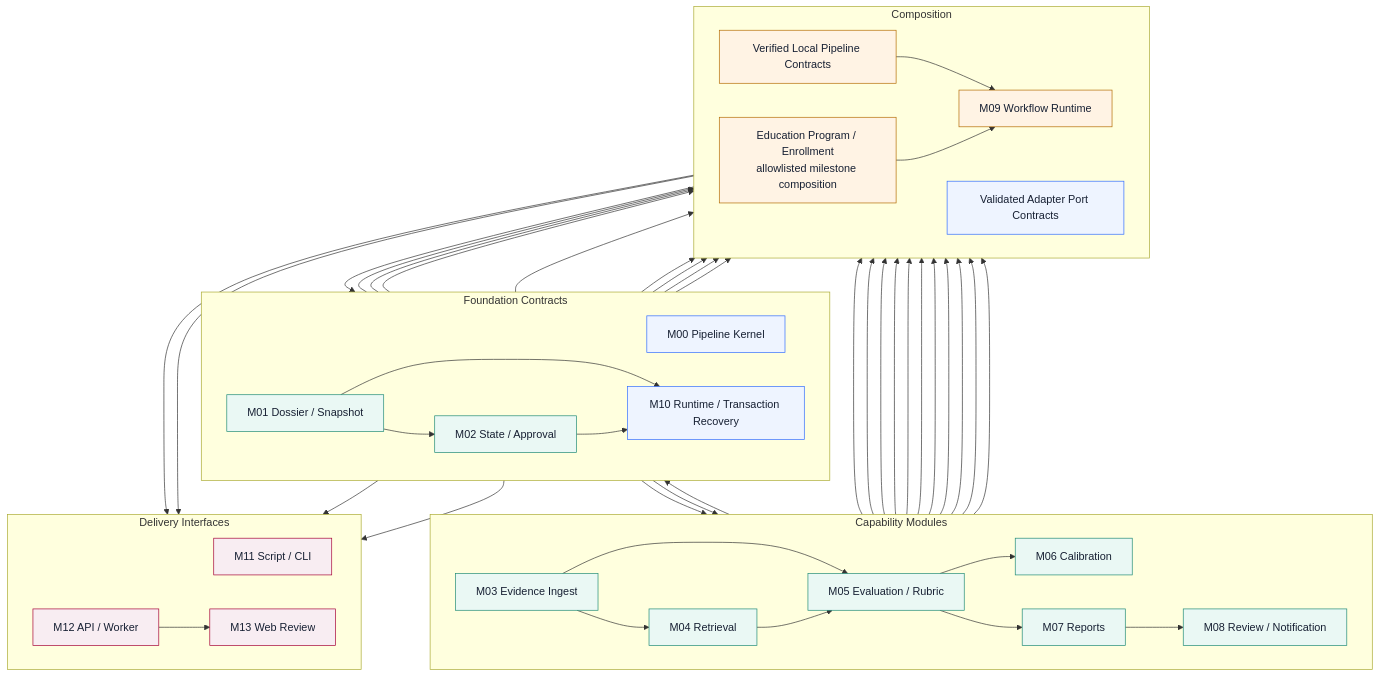
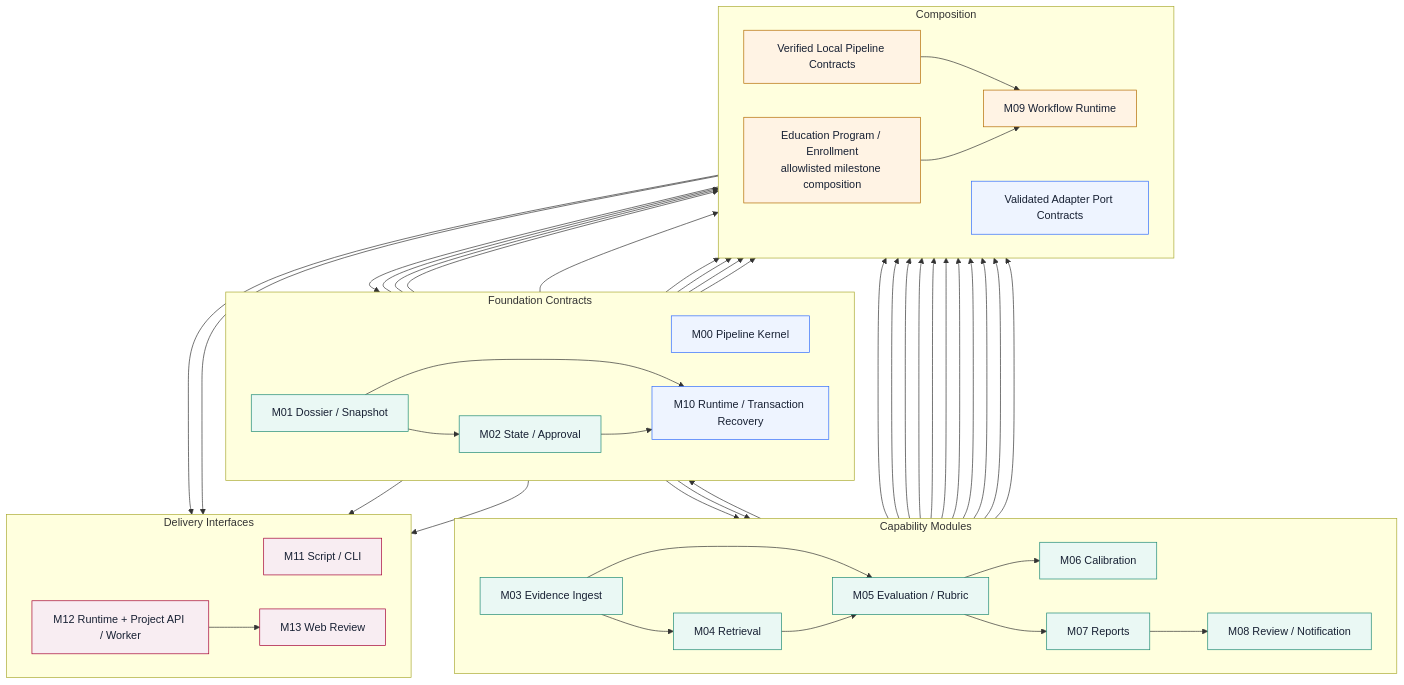
The tenth of 14 diagrams in docs/architecture/workflow-blueprint.md (Infant83/AXCalib), drawn with Mermaid before and after one commit. The commit also changed other lines of this file and 37 other files, not shown here.

Commit message:
feat: bind project API commands to principals

````diff
--- a/docs/architecture/workflow-blueprint.md
+++ b/docs/architecture/workflow-blueprint.md
@@ -355,71 +385,71 @@
 ```mermaid
 flowchart TB
     subgraph F["Foundation Contracts"]
         direction LR
         M00["M00 Pipeline Kernel"]
         M01["M01 Dossier / Snapshot"] --> M02["M02 State / Approval"]
         M01 --> M10["M10 Runtime / Transaction Recovery"]
         M02 --> M10
     end
 
     subgraph C["Capability Modules"]
         direction LR
         M03["M03 Evidence Ingest"] --> M04["M04 Retrieval"]
         M01 --> M05["M05 Evaluation / Rubric"]
         M03 --> M05
         M04 --> M05
         M05 --> M06["M06 Calibration"]
         M05 --> M07["M07 Reports"]
         M02 --> M08["M08 Review / Notification"]
         M07 --> M08
         M08 --> M10
     end
 
     subgraph O["Composition"]
         direction LR
         PC["Verified Local Pipeline Contracts"] --> M09["M09 Workflow Runtime"]
         EP["Education Program / Enrollment\nallowlisted milestone composition"] --> M09
         AP["Validated Adapter Port Contracts"] --> M10
     end
 
     subgraph I["Delivery Interfaces"]
         direction LR
         M11["M11 Script / CLI"]
-        M12["M12 API / Worker"] --> M13["M13 Web Review"]
+        M12["M12 Runtime + Project API / Worker"] --> M13["M13 Web Review"]
     end
 
     M00 --> PC
     M01 --> PC
     M02 --> PC
     M03 --> PC
     M04 --> PC
     M05 --> PC
     M06 --> PC
     M07 --> PC
     M08 --> PC
     M10 --> PC
     M01 --> EP
     M02 --> EP
     M08 --> EP
 
     M00 --> AP
     M01 --> AP
     M03 --> AP
     M04 --> AP
     M05 --> AP
     M08 --> AP
 
     M09 --> M11
     M10 --> M11
     M09 --> M12
     M10 --> M12
 
     classDef foundation fill:#EEF4FF,stroke:#2F6BFF,color:#172033;
     classDef domain fill:#EAF8F4,stroke:#1E8A75,color:#172033;
     classDef orchestration fill:#FFF3E4,stroke:#B36B00,color:#172033;
     classDef interface fill:#F8EDF2,stroke:#A50034,color:#172033;
     class M00,M10,AP foundation;
     class M01,M02,M03,M04,M05,M06,M07,M08 domain;
     class M09,PC,EP orchestration;
     class M11,M12,M13 interface;
 ```
````
